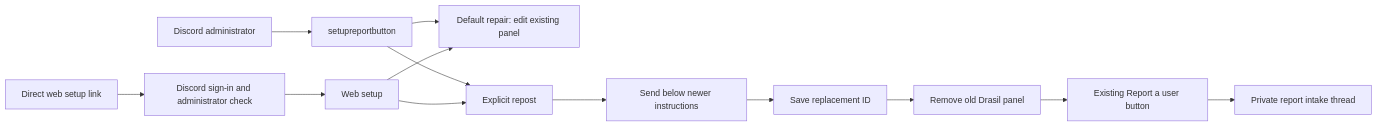
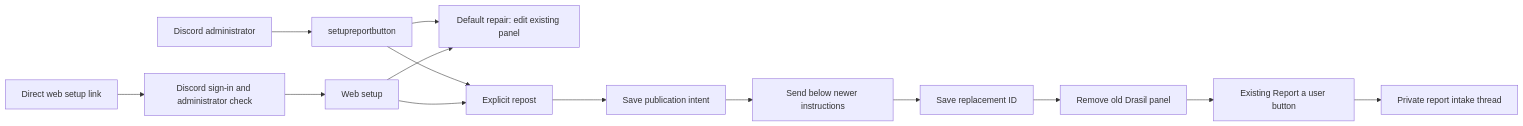
One commit to BASIC-BIT/drasil changed the diagram in docs/report-ux-journeys.md. Above: the diagram before and after it, drawn with Mermaid. The commit also changed other lines of this file and 9 other files, not shown here.

````diff
--- a/docs/report-ux-journeys.md
+++ b/docs/report-ux-journeys.md
@@ -49,15 +52,16 @@
 ```mermaid
 flowchart LR
   Discord[Discord administrator] --> Slash[setupreportbutton]
   Direct[Direct web setup link] --> Auth[Discord sign-in and administrator check]
   Auth --> Setup[Web setup]
   Slash --> Repair[Default repair: edit existing panel]
   Setup --> Repair
   Slash --> Repost[Explicit repost]
   Setup --> Repost
-  Repost --> Send[Send below newer instructions]
+  Repost --> Intent[Save publication intent]
+  Intent --> Send[Send below newer instructions]
   Send --> Save[Save replacement ID]
   Save --> Delete[Remove old Drasil panel]
   Delete --> Button[Existing Report a user button]
   Button --> Intake[Private report intake thread]
 ```
````
